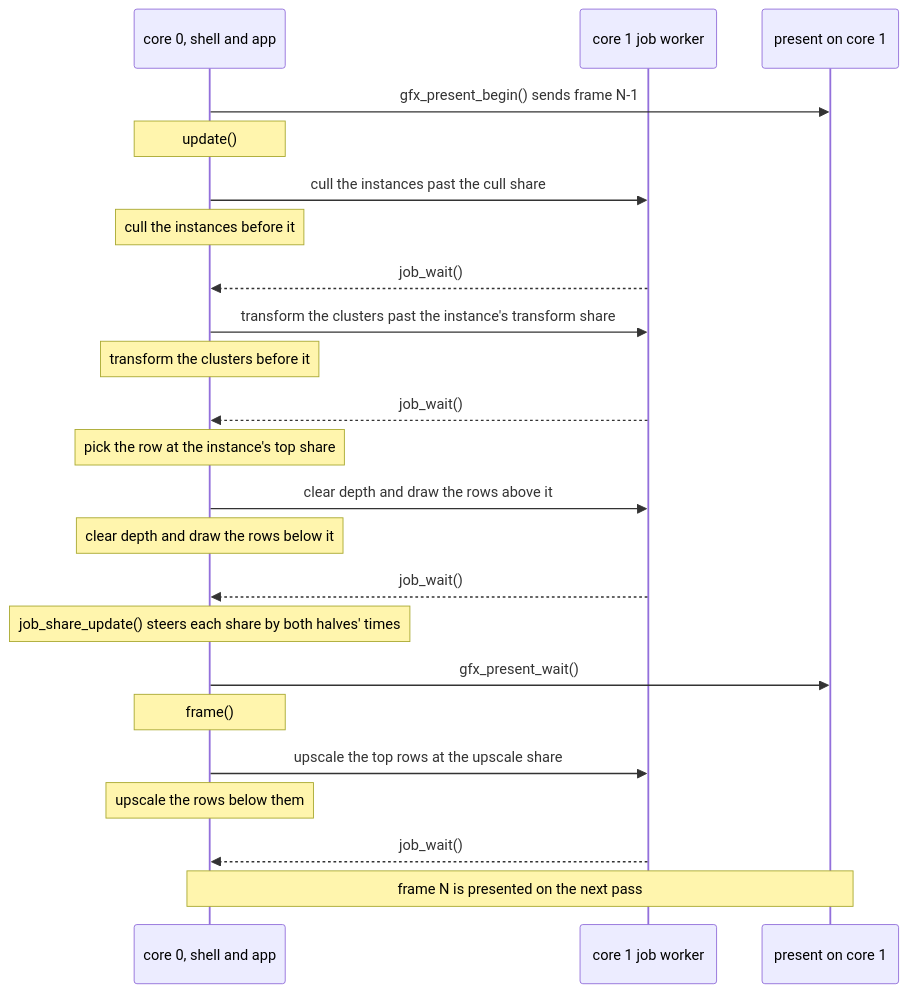
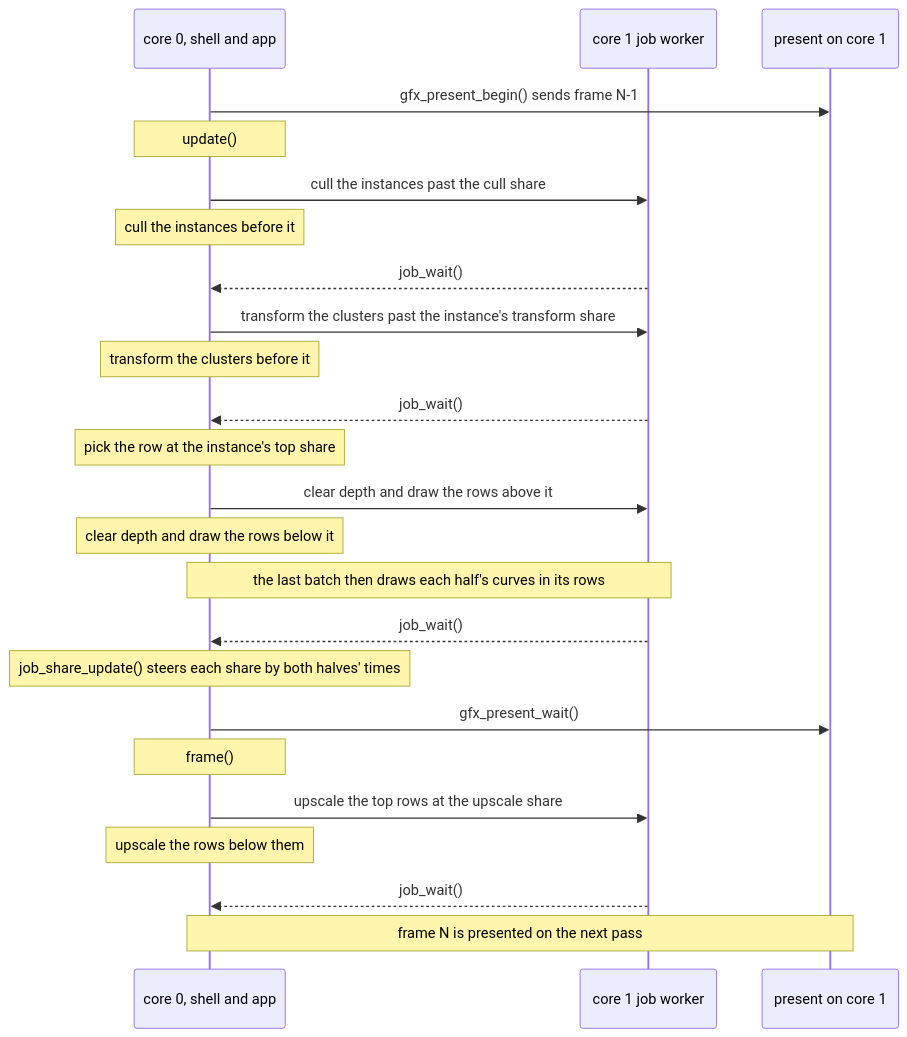
Before and after one commit to jose-villegas/autana: the second of 2 diagrams in docs/render/Mesh-Rendering.md, drawn with Mermaid. The commit also changed other lines of this file and 4 other files, not shown here.

Commit message:
docs: curves in the draw diagrams, the depth fit and the LCRV version word; the curves switch shown

````diff
--- a/docs/render/Mesh-Rendering.md
+++ b/docs/render/Mesh-Rendering.md
@@ -189,25 +190,26 @@
 ```mermaid
 sequenceDiagram
     participant C0 as core 0, shell and app
     participant J as core 1 job worker
     participant P as present on core 1
     C0->>P: gfx_present_begin() sends frame N-1
     Note over C0: update()
     C0->>J: cull the instances past the cull share
     Note over C0: cull the instances before it
     J-->>C0: job_wait()
     C0->>J: transform the clusters past the instance's transform share
     Note over C0: transform the clusters before it
     J-->>C0: job_wait()
     Note over C0: pick the row at the instance's top share
     C0->>J: clear depth and draw the rows above it
     Note over C0: clear depth and draw the rows below it
+    Note over C0,J: the last batch then draws each half's curves in its rows
     J-->>C0: job_wait()
     Note over C0: job_share_update() steers each share by both halves' times
     C0->>P: gfx_present_wait()
     Note over C0: frame()
     C0->>J: upscale the top rows at the upscale share
     Note over C0: upscale the rows below them
     J-->>C0: job_wait()
     Note over C0,P: frame N is presented on the next pass
 ```
````
